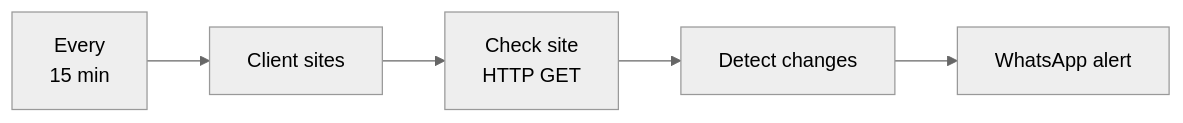
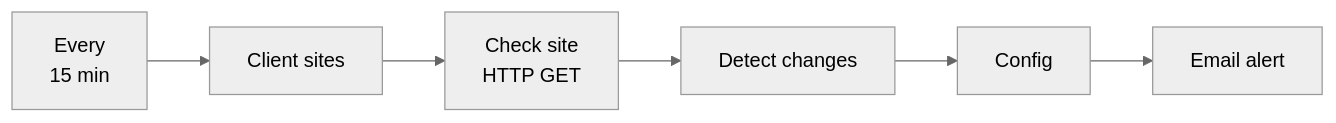
Before and after one commit to RiyasatR23/n8n-workflows: the third of 4 diagrams in README.md, drawn with Mermaid (neutral theme). The commit also changed other lines of this file and 6 other files, not shown here.

````diff
--- a/README.md
+++ b/README.md
@@ -51,4 +53,4 @@
 ```mermaid
 flowchart LR
-  A[Every<br/>15 min] --> B[Client sites] --> C[Check site<br/>HTTP GET] --> D[Detect changes] --> E[WhatsApp alert]
+  A[Every<br/>15 min] --> B[Client sites] --> C[Check site<br/>HTTP GET] --> D[Detect changes] --> E[Config] --> F[Email alert]
 ```
````
